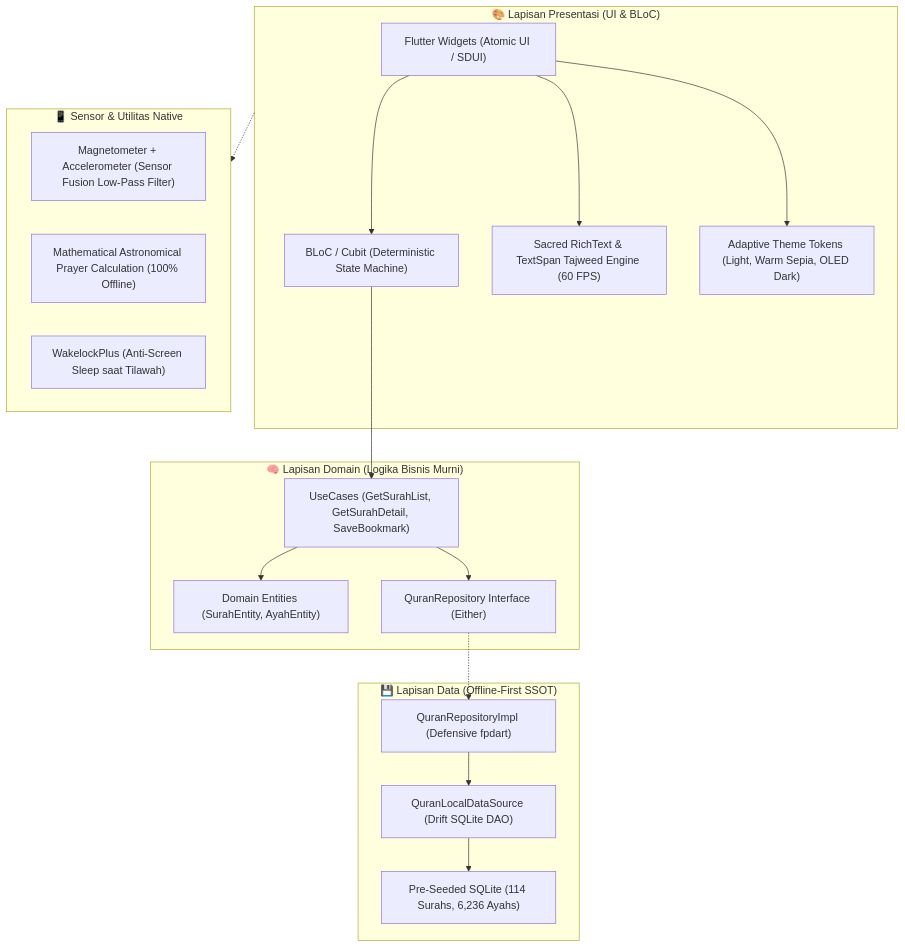
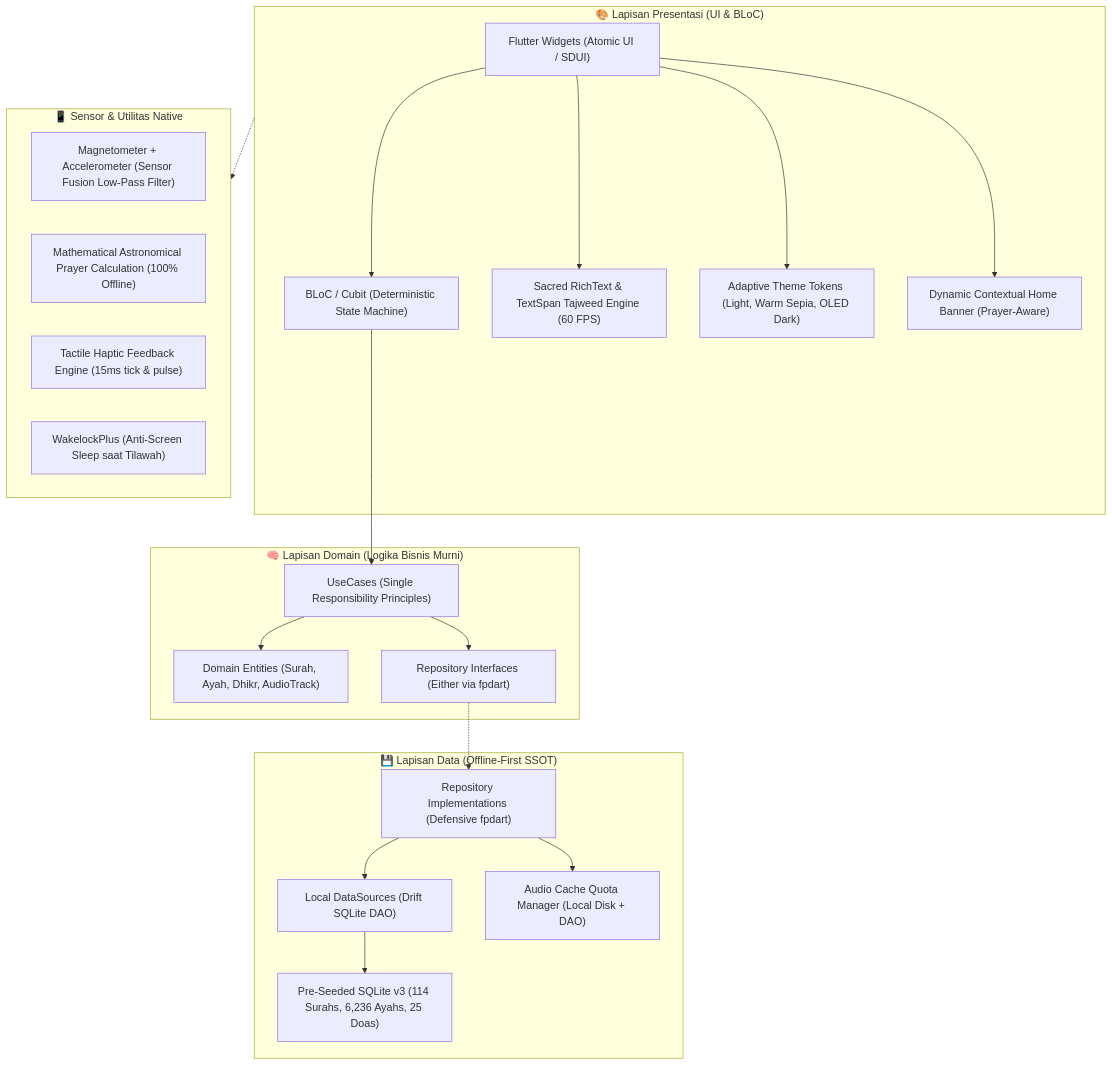
The first of 3 diagrams in README.md (Michaelo7710/quranapp-showcase), drawn with Mermaid before and after one commit. The commit also changed other lines of this file and 15 other files, not shown here.

Commit message:
docs(showcase): update architecture deep-dive, 320 tests, Drift v3, Haptic Dhikr & new SVG icons

````diff
--- a/README.md
+++ b/README.md
@@ -50,38 +53,43 @@
 ```mermaid
 flowchart TD
     subgraph PresentationLayer["🎨 Lapisan Presentasi (UI & BLoC)"]
         UI["Flutter Widgets (Atomic UI / SDUI)"]
         Bloc["BLoC / Cubit (Deterministic State Machine)"]
         RichTextEngine["Sacred RichText & TextSpan Tajweed Engine (60 FPS)"]
         ThemeSystem["Adaptive Theme Tokens (Light, Warm Sepia, OLED Dark)"]
+        DynamicBanner["Dynamic Contextual Home Banner (Prayer-Aware)"]
         UI --> Bloc
         UI --> RichTextEngine
         UI --> ThemeSystem
+        UI --> DynamicBanner
     end
 
     subgraph DomainLayer["🧠 Lapisan Domain (Logika Bisnis Murni)"]
-        Entities["Domain Entities (SurahEntity, AyahEntity)"]
-        UseCases["UseCases (GetSurahList, GetSurahDetail, SaveBookmark)"]
-        RepoContract["QuranRepository Interface (Either<Failure, T>)"]
+        Entities["Domain Entities (Surah, Ayah, Dhikr, AudioTrack)"]
+        UseCases["UseCases (Single Responsibility Principles)"]
+        RepoContract["Repository Interfaces (Either<Failure, T> via fpdart)"]
         Bloc --> UseCases
         UseCases --> RepoContract
         UseCases --> Entities
     end
 
     subgraph DataLayer["💾 Lapisan Data (Offline-First SSOT)"]
-        RepoImpl["QuranRepositoryImpl (Defensive fpdart)"]
-        LocalDataSource["QuranLocalDataSource (Drift SQLite DAO)"]
-        PreSeededDB["Pre-Seeded SQLite (114 Surahs, 6,236 Ayahs)"]
+        RepoImpl["Repository Implementations (Defensive fpdart)"]
+        LocalDataSource["Local DataSources (Drift SQLite DAO)"]
+        PreSeededDB["Pre-Seeded SQLite v3 (114 Surahs, 6,236 Ayahs, 25 Doas)"]
+        AudioCache["Audio Cache Quota Manager (Local Disk + DAO)"]
         RepoContract -.-> RepoImpl
         RepoImpl --> LocalDataSource
         LocalDataSource --> PreSeededDB
+        RepoImpl --> AudioCache
     end
 
     subgraph HardwareLayer["📱 Sensor & Utilitas Native"]
         Magnetometer["Magnetometer + Accelerometer (Sensor Fusion Low-Pass Filter)"]
         AdhanMath["Mathematical Astronomical Prayer Calculation (100% Offline)"]
+        HapticEngine["Tactile Haptic Feedback Engine (15ms tick & pulse)"]
         Wakelock["WakelockPlus (Anti-Screen Sleep saat Tilawah)"]
     end
 
     PresentationLayer -.-> HardwareLayer
 ```
````
